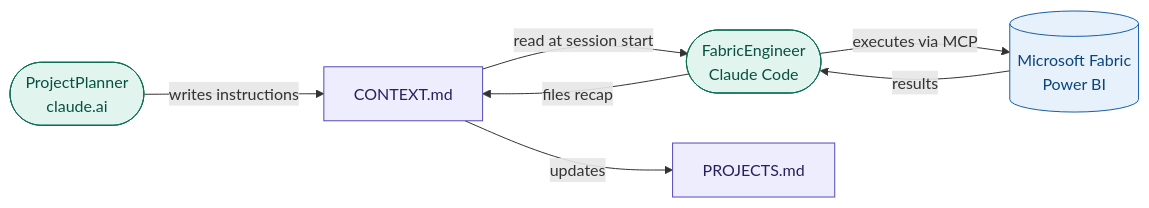
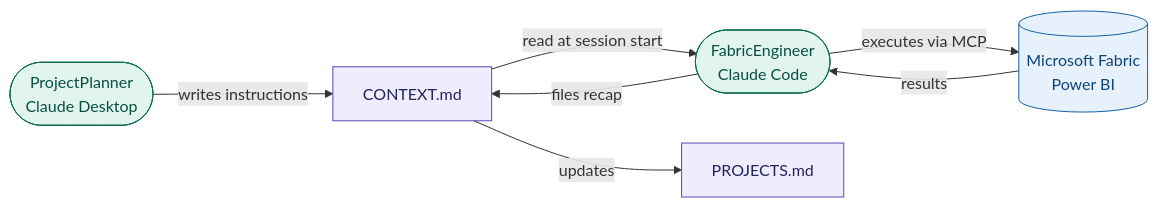
The diagram in README.md (alisaghilutfi/Fabric-Analytics-Projects), drawn with Mermaid before and after one commit. The commit also changed other lines of this file, not shown here.

Commit message:
docs(portfolio): update ProjectPlanner reference to Claude Desktop

````diff
--- a/README.md
+++ b/README.md
@@ -21,15 +21,15 @@
 ```mermaid
 flowchart LR
-    A([ProjectPlanner\nclaude.ai]) -->|writes instructions| B[CONTEXT.md]
+    A([ProjectPlanner\nClaude Desktop]) -->|writes instructions| B[CONTEXT.md]
     B -->|read at session start| C([FabricEngineer\nClaude Code])
     C -->|executes via MCP| D[(Microsoft Fabric\nPower BI)]
     D -->|results| C
     C -->|files recap| B
     B -->|updates| E[PROJECTS.md]
 
     style A fill:#E1F5EE,stroke:#0F6E56,color:#085041
     style C fill:#E1F5EE,stroke:#0F6E56,color:#085041
     style B fill:#EEEDFE,stroke:#534AB7,color:#26215C
     style E fill:#EEEDFE,stroke:#534AB7,color:#26215C
     style D fill:#E6F1FB,stroke:#185FA5,color:#0C447C
 ```
````
